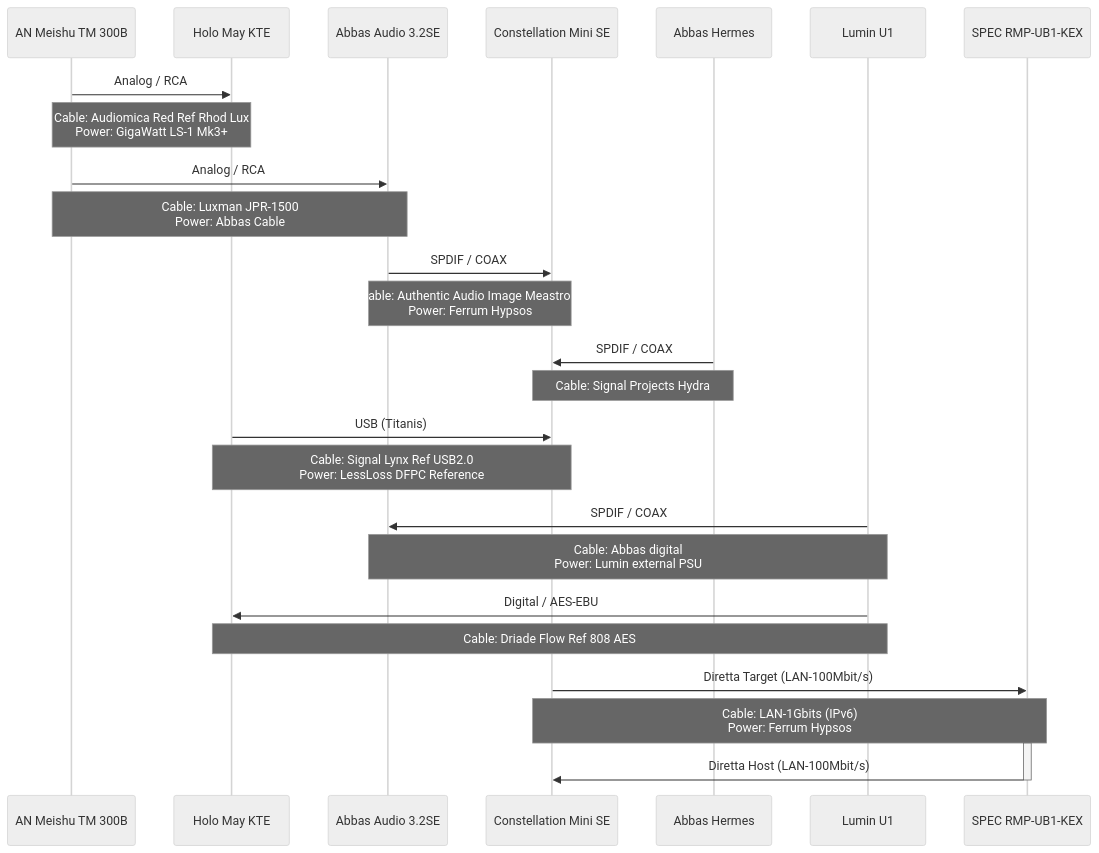
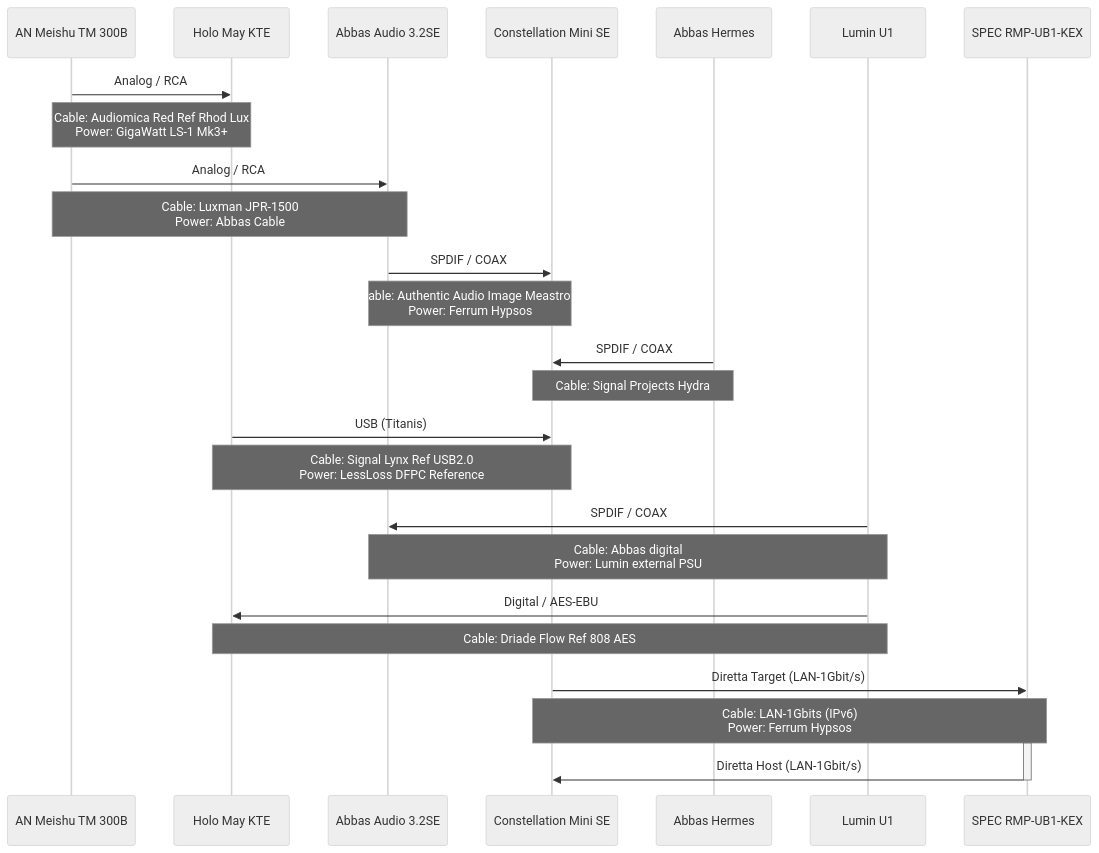
One commit to geraldfehringer/diretta changed the first of 3 diagrams in gerihifi-setup.md. Above: the diagram before and after it, drawn with Mermaid (neutral theme).

````diff
--- a/gerihifi-setup.md
+++ b/gerihifi-setup.md
@@ -41,22 +41,22 @@
 ```mermaid
 sequenceDiagram
     AN Meishu TM 300B->>Holo May KTE: Analog / RCA
     Note over AN Meishu TM 300B,Holo May KTE: Cable: Audiomica Red Ref Rhod Lux<br> Power: GigaWatt LS-1 Mk3+
     AN Meishu TM 300B->>Abbas Audio 3.2SE: Analog / RCA
     Note over AN Meishu TM 300B,Abbas Audio 3.2SE: Cable: Luxman JPR-1500<br> Power: Abbas Cable
     Abbas Audio 3.2SE->>Constellation Mini SE: SPDIF / COAX
     Note over Constellation Mini SE,Abbas Audio 3.2SE: Cable: Authentic Audio Image Meastro 2<br> Power: Ferrum Hypsos
     Abbas Hermes->>Constellation Mini SE: SPDIF / COAX
     Note over Constellation Mini SE,Abbas Hermes: Cable: Signal Projects Hydra
     Holo May KTE->>Constellation Mini SE: USB (Titanis)
     Note over Constellation Mini SE,Holo May KTE: Cable: Signal Lynx Ref USB2.0<br> Power: LessLoss DFPC Reference
     Lumin U1->>Abbas Audio 3.2SE: SPDIF / COAX
     Note over Abbas Audio 3.2SE,Lumin U1: Cable: Abbas digital<br> Power: Lumin external PSU
     Lumin U1->>Holo May KTE: Digital / AES-EBU
     Note over Holo May KTE,Lumin U1: Cable: Driade Flow Ref 808 AES
-    Constellation Mini SE->>SPEC RMP-UB1-KEX: Diretta Target (LAN-100Mbit/s)
+    Constellation Mini SE->>SPEC RMP-UB1-KEX: Diretta Target (LAN-1Gbit/s)
     Note over SPEC RMP-UB1-KEX,Constellation Mini SE: Cable: LAN-1Gbits (IPv6) <br> Power: Ferrum Hypsos
     activate SPEC RMP-UB1-KEX
-    SPEC RMP-UB1-KEX->>Constellation Mini SE: Diretta Host (LAN-100Mbit/s)
+    SPEC RMP-UB1-KEX->>Constellation Mini SE: Diretta Host (LAN-1Gbit/s)
     deactivate SPEC RMP-UB1-KEX
 ```
````
